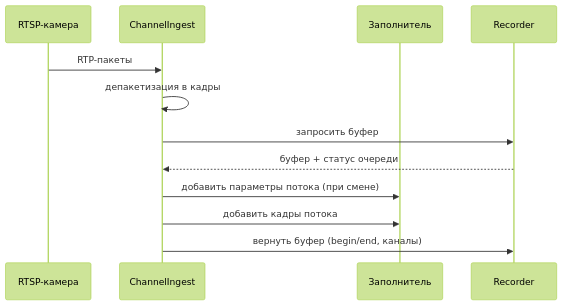
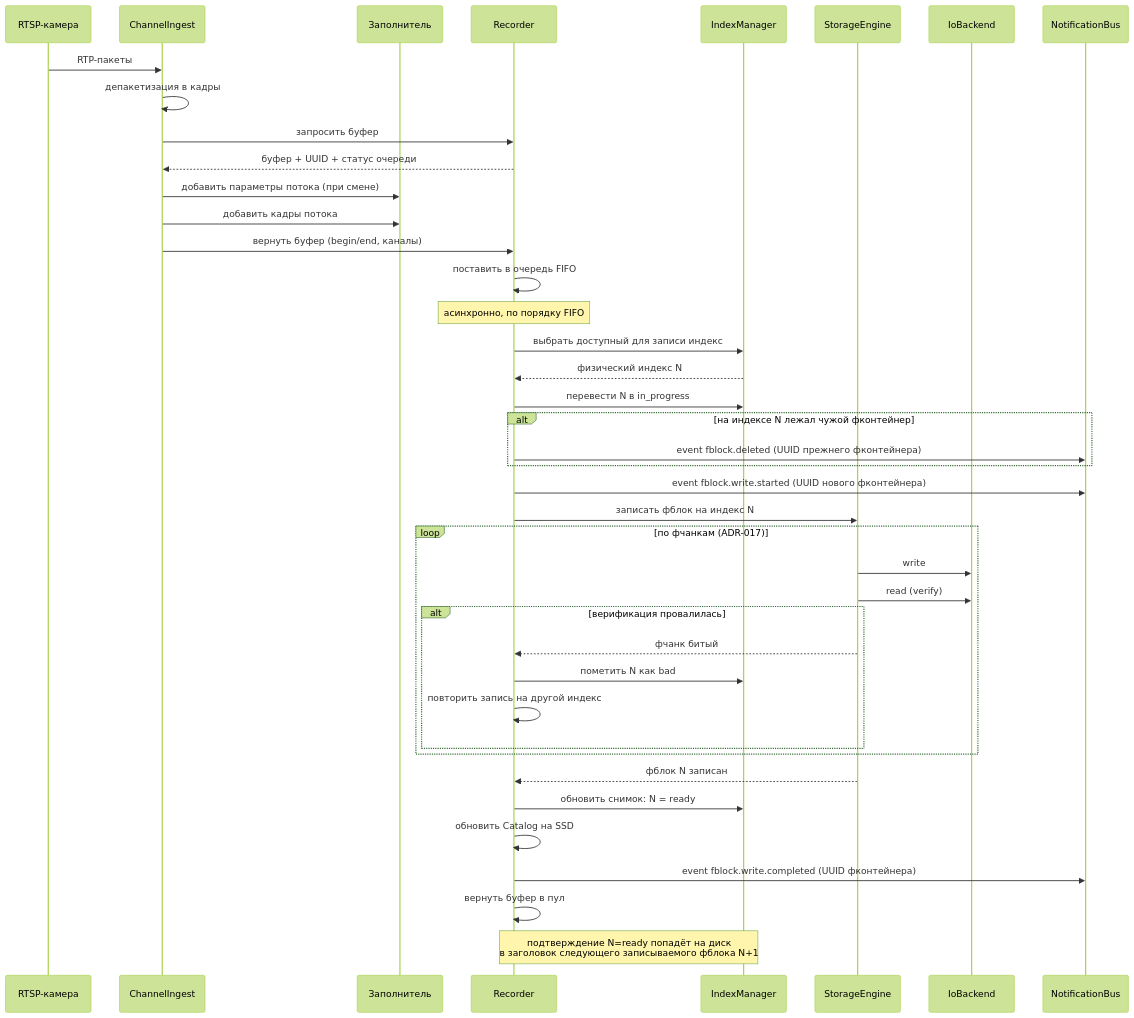
The third of 7 diagrams in docs/docs/archive/10-service-composition.md (traycers/farc), drawn with Mermaid (forest theme) before and after one commit. The commit also changed other lines of this file and 1 other file, not shown here.

Commit message:
update storage

````diff
--- a/docs/docs/archive/10-service-composition.md
+++ b/docs/docs/archive/10-service-composition.md
@@ -143,15 +285,48 @@
 ```mermaid
 sequenceDiagram
     participant Cam as RTSP-камера
     participant CI as ChannelIngest
     participant Fill as Заполнитель
     participant R as Recorder
+    participant IM as IndexManager
+    participant SE as StorageEngine
+    participant IO as IoBackend
+    participant NB as NotificationBus
 
     Cam->>CI: RTP-пакеты
     CI->>CI: депакетизация в кадры
     CI->>R: запросить буфер
-    R-->>CI: буфер + статус очереди
+    R-->>CI: буфер + UUID + статус очереди
     CI->>Fill: добавить параметры потока (при смене)
     CI->>Fill: добавить кадры потока
     CI->>R: вернуть буфер (begin/end, каналы)
+    R->>R: поставить в очередь FIFO
+
+    Note over R: асинхронно, по порядку FIFO
+    R->>IM: выбрать доступный для записи индекс
+    IM-->>R: физический индекс N
+    R->>IM: перевести N в in_progress
+    alt на индексе N лежал чужой фконтейнер
+        R->>NB: event fblock.deleted (UUID прежнего фконтейнера)
+    end
+    R->>NB: event fblock.write.started (UUID нового фконтейнера)
+    R->>SE: записать фблок на индекс N
+
+    loop по фчанкам (ADR-017)
+        SE->>IO: write
+        SE->>IO: read (verify)
+        alt верификация провалилась
+            SE-->>R: фчанк битый
+            R->>IM: пометить N как bad
+            R->>R: повторить запись на другой индекс
+        end
+    end
+
+    SE-->>R: фблок N записан
+    R->>IM: обновить снимок: N = ready
+    R->>R: обновить Catalog на SSD
+    R->>NB: event fblock.write.completed (UUID фконтейнера)
+    R->>R: вернуть буфер в пул
+
+    Note over R,IM: подтверждение N=ready попадёт на диск<br/>в заголовок следующего записываемого фблока N+1
 ```
````
